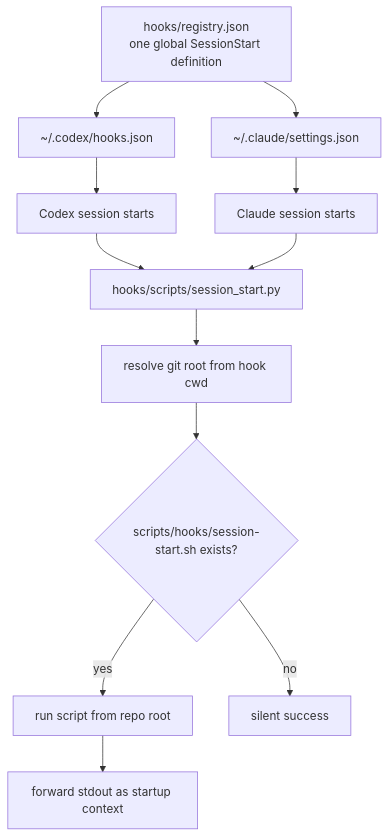
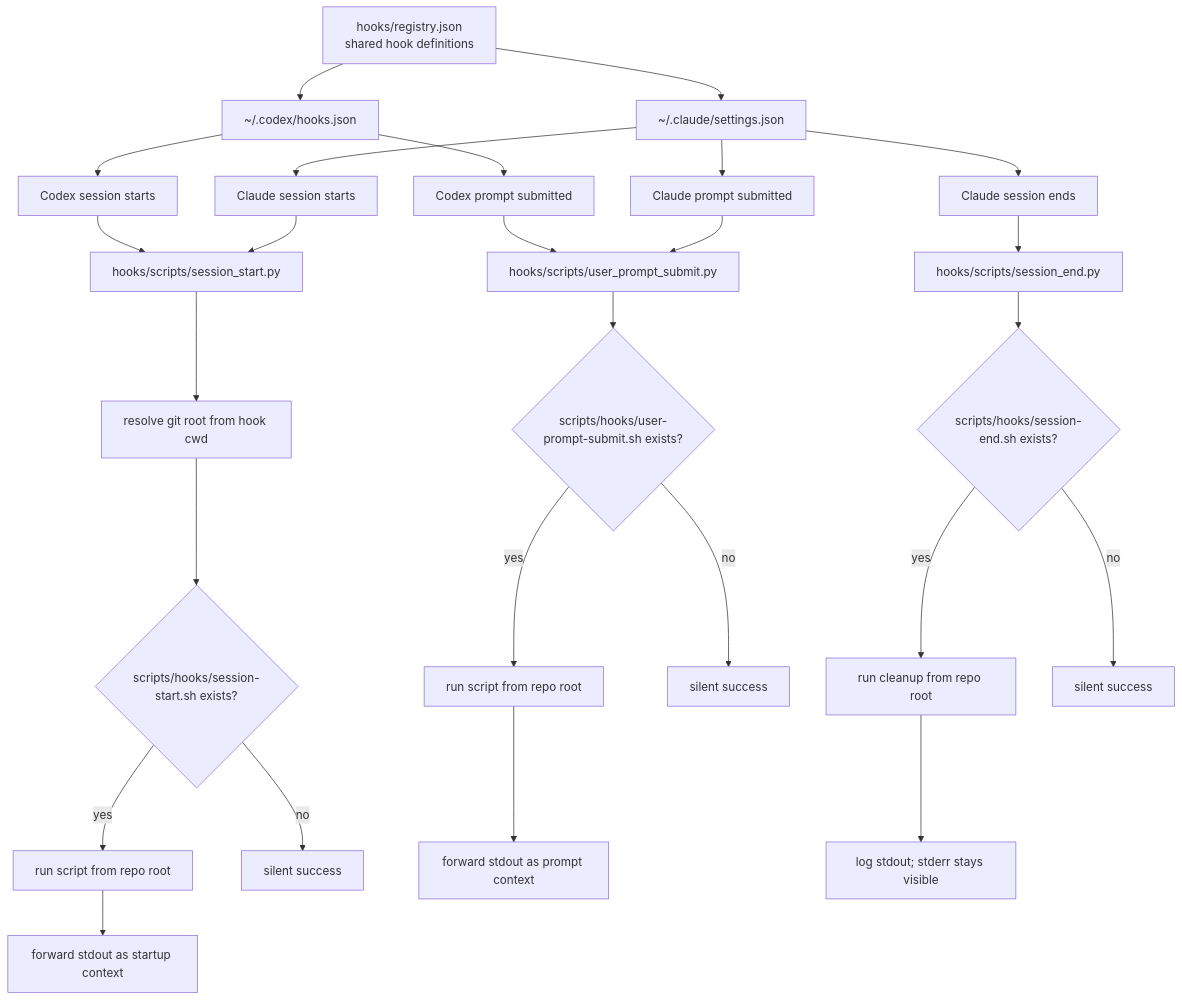
One commit to wisdom-in-a-nutshell/.agents changed the fourth of 6 diagrams in docs/architecture/codex-control-plane-script-flows.md. Above: the diagram before and after it, drawn with Mermaid. The commit also changed other lines of this file and 13 other files, not shown here.

````diff
--- a/docs/architecture/codex-control-plane-script-flows.md
+++ b/docs/architecture/codex-control-plane-script-flows.md
@@ -132,14 +132,28 @@
 ```mermaid
 flowchart TD
-    A[hooks/registry.json<br/>one global SessionStart definition] --> B[~/.codex/hooks.json]
+    A[hooks/registry.json<br/>shared hook definitions] --> B[~/.codex/hooks.json]
     A --> C[~/.claude/settings.json]
     B --> D[Codex session starts]
     C --> E[Claude session starts]
     D --> F[hooks/scripts/session_start.py]
     E --> F
     F --> G[resolve git root from hook cwd]
     G --> H{scripts/hooks/session-start.sh exists?}
     H -->|yes| I[run script from repo root]
     I --> J[forward stdout as startup context]
     H -->|no| K[silent success]
+    B --> L[Codex prompt submitted]
+    C --> M[Claude prompt submitted]
+    L --> N[hooks/scripts/user_prompt_submit.py]
+    M --> N
+    N --> O{scripts/hooks/user-prompt-submit.sh exists?}
+    O -->|yes| P[run script from repo root]
+    P --> Q[forward stdout as prompt context]
+    O -->|no| R[silent success]
+    C --> S[Claude session ends]
+    S --> T[hooks/scripts/session_end.py]
+    T --> U{scripts/hooks/session-end.sh exists?}
+    U -->|yes| V[run cleanup from repo root]
+    V --> W[log stdout; stderr stays visible]
+    U -->|no| X[silent success]
 ```
````
